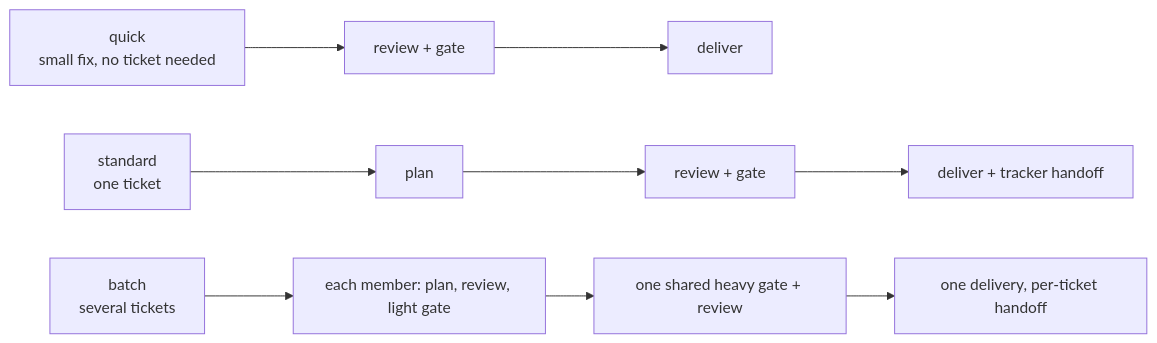
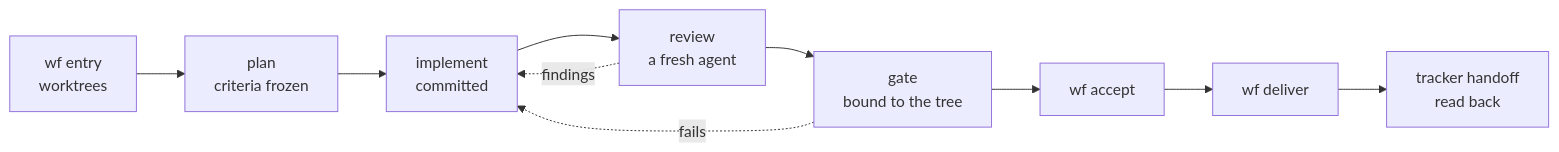
One commit to o-m-a-r-k/agentic-workflow changed the diagram in README.md. Above: the diagram before and after it, drawn with Mermaid. The commit also changed other lines of this file and 31 other files, not shown here.

````diff
--- a/README.md
+++ b/README.md
@@ -173,6 +73,8 @@
 ```mermaid
 flowchart LR
-  Q["quick<br/>small fix, no ticket needed"] --> QG["review + gate"] --> QD["deliver"]
-  S["standard<br/>one ticket"] --> SP["plan"] --> SG["review + gate"] --> SD["deliver + tracker handoff"]
-  B["batch<br/>several tickets"] --> BM["each member: plan, review, light gate"] --> BG["one shared heavy gate + review"] --> BD["one delivery, per-ticket handoff"]
+  E["wf entry<br/>worktrees"] --> P["plan<br/>criteria frozen"] --> I["implement<br/>committed"]
+  I --> R["review<br/>a fresh agent"] --> G["gate<br/>bound to the tree"]
+  G --> A["wf accept"] --> D["wf deliver"] --> T["tracker handoff<br/>read back"]
+  R -. findings .-> I
+  G -. fails .-> I
 ```
````
